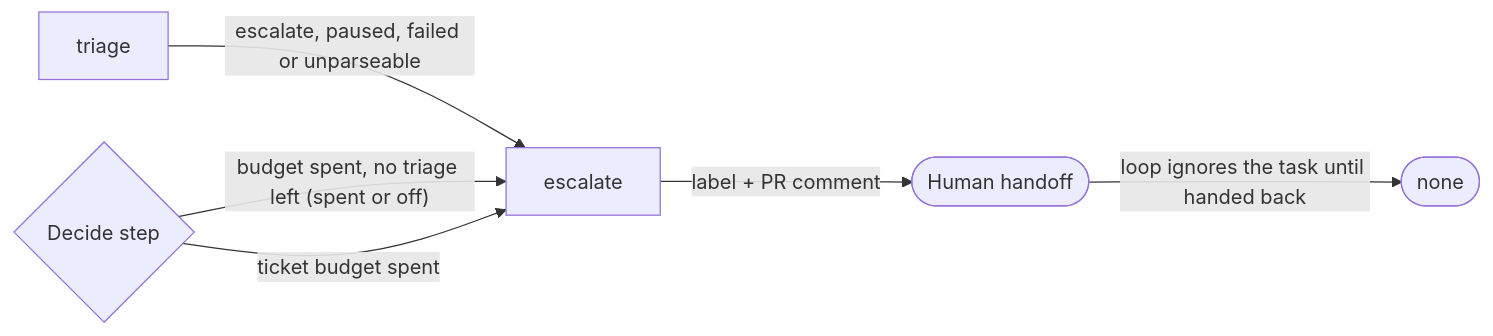
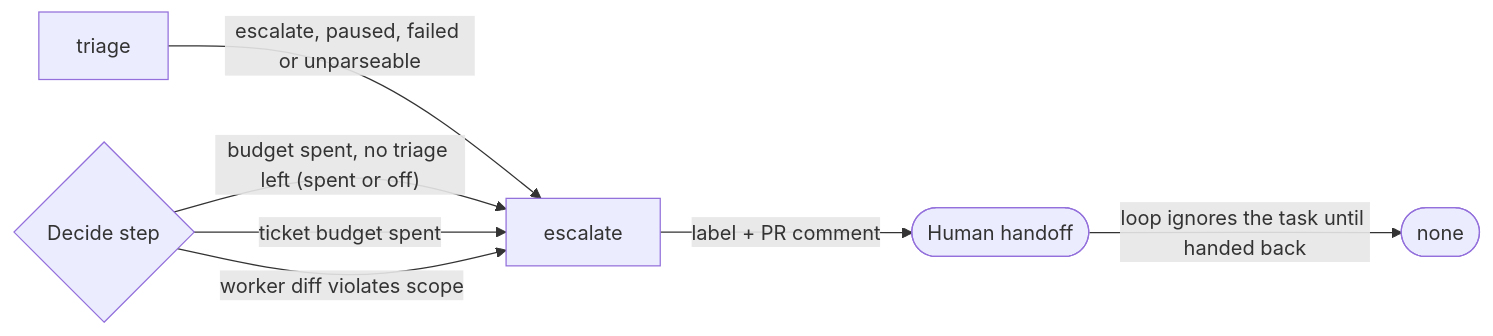
The tenth of 18 diagrams in docs/FLOWS.md (kehuydietlatoi/harness_orchestrator), drawn with Mermaid before and after one commit. The commit also changed other lines of this file and 21 other files, not shown here.

Commit message:
Reject worker diffs outside the role's write scope or touching forbidden paths, before review (#187)

````diff
--- a/docs/FLOWS.md
+++ b/docs/FLOWS.md
@@ -548,13 +549,14 @@
 ```mermaid
 flowchart LR
     n43{"Decide step"}
     n44(["none"])
     n53["triage"]
     n54["escalate"]
     n55(["Human handoff"])
   n53 -->|"escalate, paused, failed or unparseable"| n54
   n43 -->|"budget spent, no triage left (spent or off)"| n54
   n43 -->|"ticket budget spent"| n54
+  n43 -->|"worker diff violates scope"| n54
   n54 -->|"label + PR comment"| n55
   n55 -->|"loop ignores the task until handed back"| n44
 ```
````
